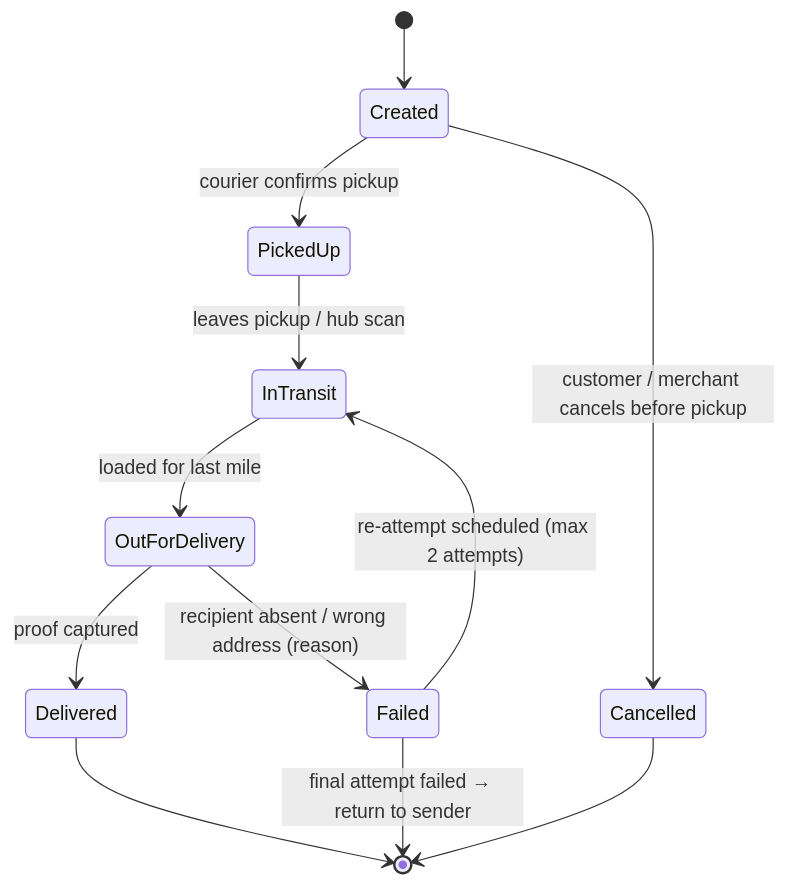
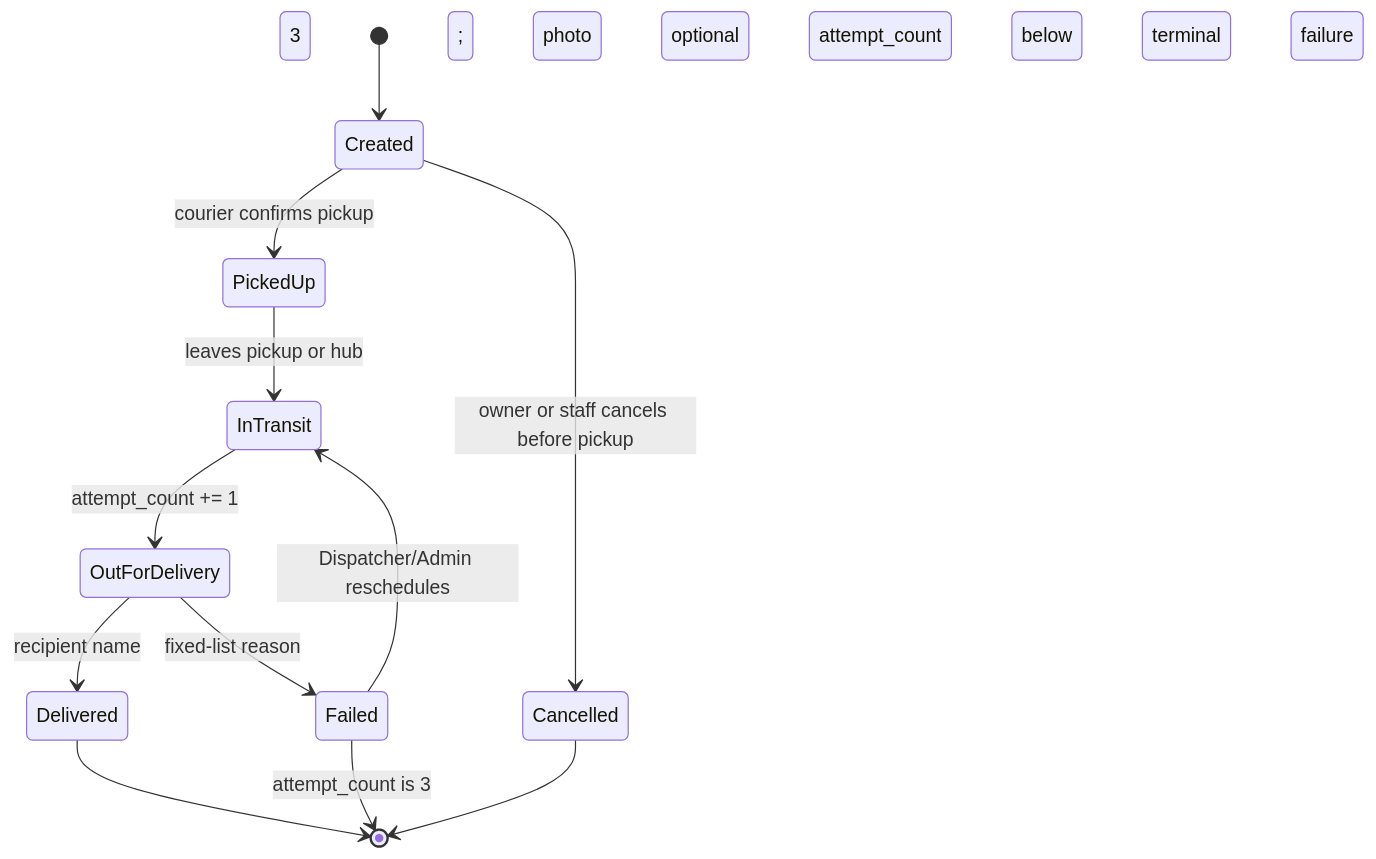
Diagram 13 of 16 in SWIFTDROP_DESIGN_DOCUMENTATION.md (doktur-umair/swiftdrop), drawn with Mermaid before and after one commit. The commit also changed other lines of this file and 88 other files, not shown here.

````diff
--- a/SWIFTDROP_DESIGN_DOCUMENTATION.md
+++ b/SWIFTDROP_DESIGN_DOCUMENTATION.md
@@ -975,17 +973,14 @@
 ```mermaid
 stateDiagram-v2
     [*] --> Created
     Created --> PickedUp: courier confirms pickup
-    Created --> Cancelled: customer / merchant cancels before pickup
-    
-    PickedUp --> InTransit: leaves pickup / hub scan
-    InTransit --> OutForDelivery: loaded for last mile
-    
-    OutForDelivery --> Delivered: proof captured
+    Created --> Cancelled: owner or staff cancels before pickup
+    PickedUp --> InTransit: leaves pickup or hub
+    InTransit --> OutForDelivery: attempt_count += 1
+    OutForDelivery --> Delivered: recipient name; photo optional
+    OutForDelivery --> Failed: fixed-list reason
+    Failed --> InTransit: Dispatcher/Admin reschedules; attempt_count below 3
+    Failed --> [*]: attempt_count is 3; terminal failure
     Delivered --> [*]
-
-    OutForDelivery --> Failed: recipient absent / wrong address (reason)
-    Failed --> InTransit: re-attempt scheduled (max 2 attempts)
-    Failed --> [*]: final attempt failed → return to sender
     Cancelled --> [*]
 ```
````
